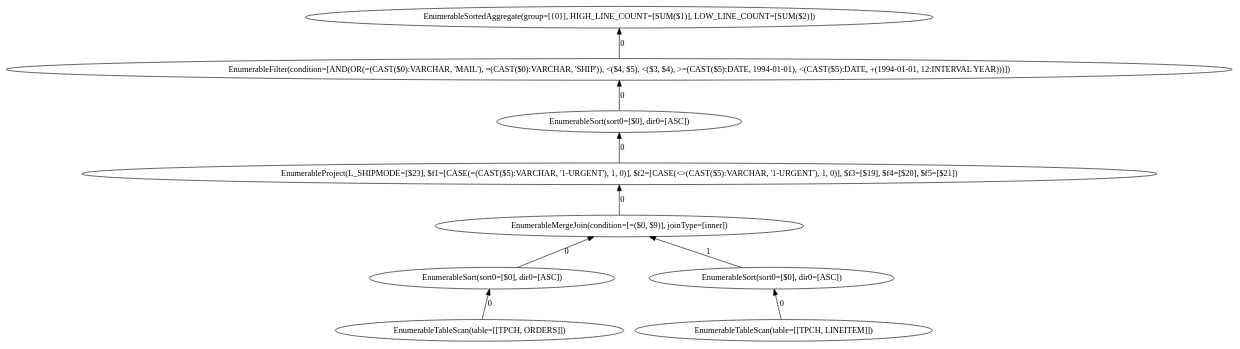
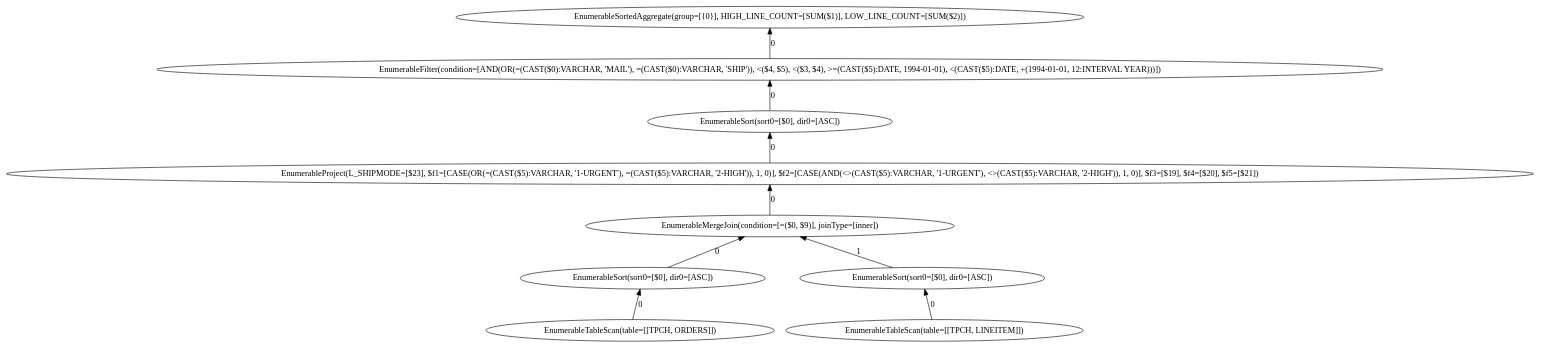
Before and after one commit to alicia-lyu/leanstore: the diagram in frontend/tpch/q12/plans/structure_1.dot, drawn with Graphviz. The commit also changed 2 other files, not shown here.

Commit message:
Fix Q12 CASE expressions to match TPC-H spec for HIGH/LOW_LINE_COUNT
HIGH_LINE_COUNT now counts '1-URGENT' OR '2-HIGH' orders; LOW_LINE_COUNT
counts everything else (AND of two <> conditions), per TPC-H Q12 spec.

```diff
--- a/frontend/tpch/q12/plans/structure_1.dot
+++ b/frontend/tpch/q12/plans/structure_1.dot
@@ -1,20 +1,20 @@
 digraph {
   rankdir=BT;
   n0 [label="EnumerableSortedAggregate(group=[{0}], HIGH_LINE_COUNT=[SUM($1)], LOW_LINE_COUNT=[SUM($2)])"];
   n1 [label="EnumerableFilter(condition=[AND(OR(=(CAST($0):VARCHAR, 'MAIL'), =(CAST($0):VARCHAR, 'SHIP')), <($4, $5), <($3, $4), >=(CAST($5):DATE, 1994-01-01), <(CAST($5):DATE, +(1994-01-01, 12:INTERVAL YEAR)))])"];
   n2 [label="EnumerableSort(sort0=[$0], dir0=[ASC])"];
-  n3 [label="EnumerableProject(L_SHIPMODE=[$23], $f1=[CASE(=(CAST($5):VARCHAR, '1-URGENT'), 1, 0)], $f2=[CASE(<>(CAST($5):VARCHAR, '1-URGENT'), 1, 0)], $f3=[$19], $f4=[$20], $f5=[$21])"];
+  n3 [label="EnumerableProject(L_SHIPMODE=[$23], $f1=[CASE(OR(=(CAST($5):VARCHAR, '1-URGENT'), =(CAST($5):VARCHAR, '2-HIGH')), 1, 0)], $f2=[CASE(AND(<>(CAST($5):VARCHAR, '1-URGENT'), <>(CAST($5):VARCHAR, '2-HIGH')), 1, 0)], $f3=[$19], $f4=[$20], $f5=[$21])"];
   n4 [label="EnumerableMergeJoin(condition=[=($0, $9)], joinType=[inner])"];
   n5 [label="EnumerableSort(sort0=[$0], dir0=[ASC])"];
   n6 [label="EnumerableTableScan(table=[[TPCH, ORDERS]])"];
   n6 -> n5 [label="0"];
   n5 -> n4 [label="0"];
   n7 [label="EnumerableSort(sort0=[$0], dir0=[ASC])"];
   n8 [label="EnumerableTableScan(table=[[TPCH, LINEITEM]])"];
   n8 -> n7 [label="0"];
   n7 -> n4 [label="1"];
   n4 -> n3 [label="0"];
   n3 -> n2 [label="0"];
   n2 -> n1 [label="0"];
   n1 -> n0 [label="0"];
 }
```
